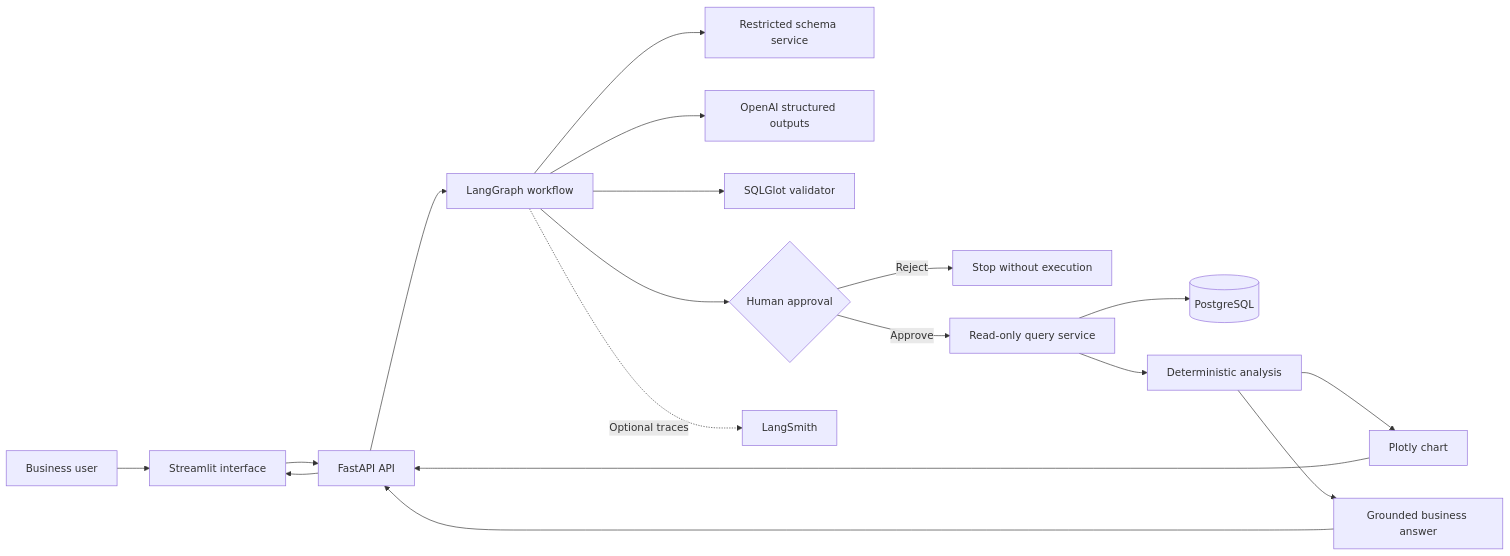
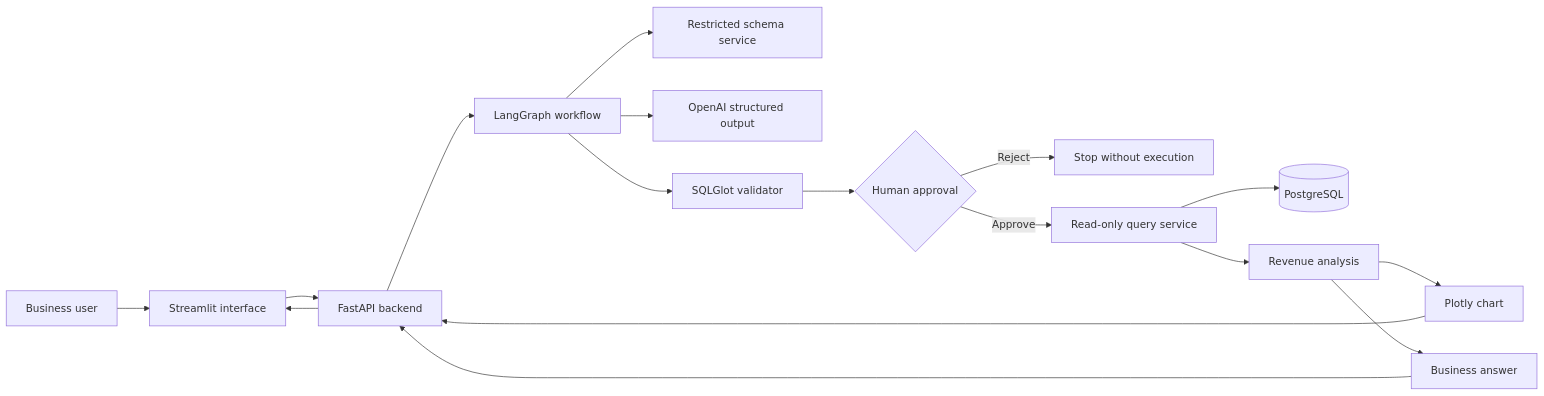
The first of 3 diagrams in README.md (jainatishya53-hub/agentic-bi-copilot), drawn with Mermaid before and after one commit. The commit also changed other lines of this file and 17 other files, not shown here.

````diff
--- a/README.md
+++ b/README.md
@@ -49,25 +67,23 @@
 ```mermaid
 flowchart LR
-    U["Business user"] --> UI["Streamlit interface"]
-    UI --> API["FastAPI API"]
-    API --> G["LangGraph workflow"]
+    USER["Business user"] --> UI["Streamlit interface"]
+    UI --> API["FastAPI backend"]
+    API --> GRAPH["LangGraph workflow"]
 
-    G --> SC["Restricted schema service"]
-    G --> LLM["OpenAI structured outputs"]
-    G --> V["SQLGlot validator"]
-    G --> H{"Human approval"}
+    GRAPH --> SCHEMA["Restricted schema service"]
+    GRAPH --> MODEL["OpenAI structured output"]
+    GRAPH --> VALIDATOR["SQLGlot validator"]
+    VALIDATOR --> APPROVAL{"Human approval"}
 
-    H -->|"Reject"| STOP["Stop without execution"]
-    H -->|"Approve"| Q["Read-only query service"]
+    APPROVAL -->|"Reject"| STOP["Stop without execution"]
+    APPROVAL -->|"Approve"| QUERY["Read-only query service"]
 
-    Q --> DB[("PostgreSQL")]
-    Q --> A["Deterministic analysis"]
-    A --> C["Plotly chart"]
-    A --> R["Grounded business answer"]
+    QUERY --> DB[("PostgreSQL")]
+    QUERY --> ANALYSIS["Revenue analysis"]
+    ANALYSIS --> CHART["Plotly chart"]
+    ANALYSIS --> ANSWER["Business answer"]
 
-    C --> API
-    R --> API
+    CHART --> API
+    ANSWER --> API
     API --> UI
-
-    G -. "Optional traces" .-> LS["LangSmith"]
 ```
````
